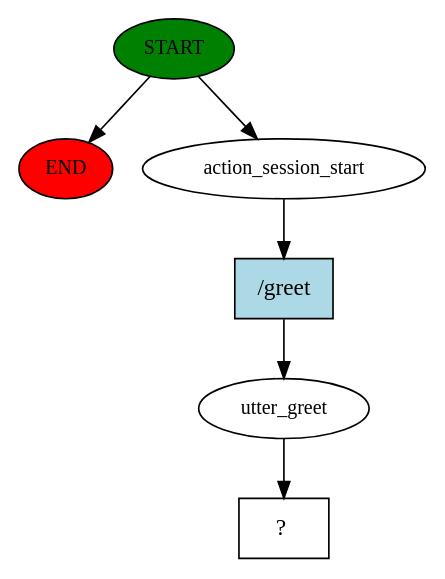
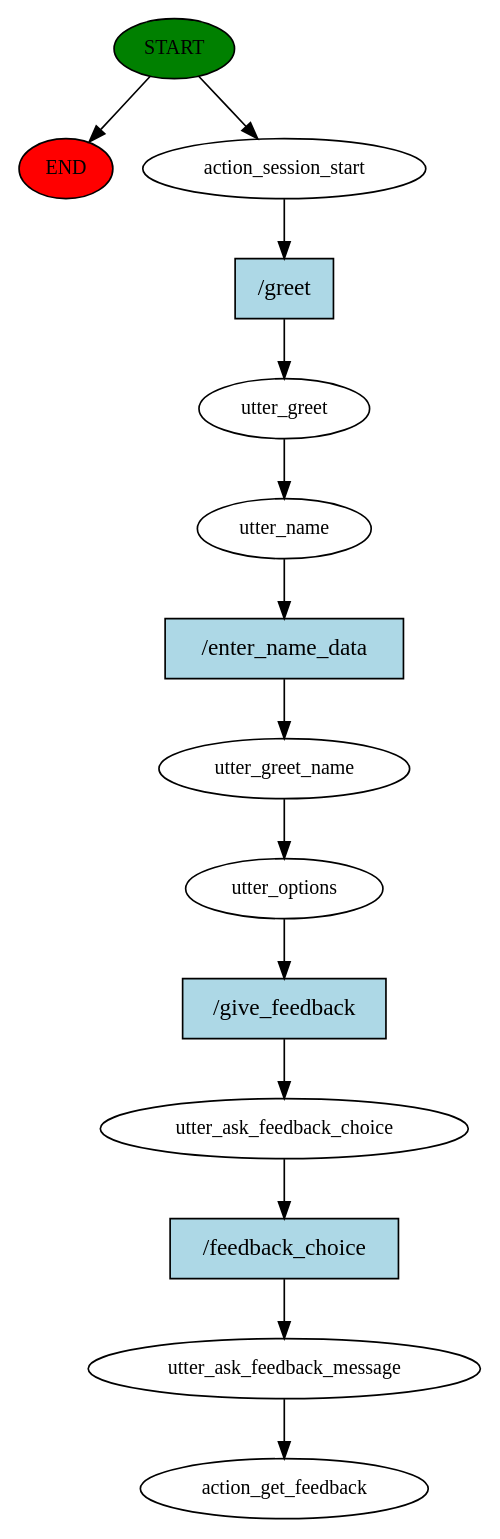
The diagram in story_graph.dot (anuragkj/BPDC_Chatbot), drawn with Graphviz before and after one commit. The commit also changed 3 other files, not shown here.

```diff
--- a/story_graph.dot
+++ b/story_graph.dot
@@ -1,13 +1,29 @@
 digraph  {
 0 [class="start active", fillcolor=green, fontsize=12, label=START, style=filled];
 "-1" [class=end, fillcolor=red, fontsize=12, label=END, style=filled];
 1 [class=active, fontsize=12, label=action_session_start];
 2 [class=active, fontsize=12, label=utter_greet];
-3 [class="intent dashed active", label="  ?  ", shape=rect];
-4 [class="intent active", fillcolor=lightblue, label="/greet", shape=rect, style=filled];
+3 [class=active, fontsize=12, label=utter_name];
+4 [class=active, fontsize=12, label=utter_greet_name];
+5 [class=active, fontsize=12, label=utter_options];
+6 [class=active, fontsize=12, label=utter_ask_feedback_choice];
+7 [class=active, fontsize=12, label=utter_ask_feedback_message];
+8 [class="dashed active", fontsize=12, label=action_get_feedback];
+9 [class="intent active", fillcolor=lightblue, label="/greet", shape=rect, style=filled];
+10 [class="intent active", fillcolor=lightblue, label="/enter_name_data", shape=rect, style=filled];
+11 [class="intent active", fillcolor=lightblue, label="/give_feedback", shape=rect, style=filled];
+12 [class="intent active", fillcolor=lightblue, label="/feedback_choice", shape=rect, style=filled];
 0 -> "-1"  [class="", key=NONE, label=""];
 0 -> 1  [class=active, key=NONE, label=""];
-1 -> 4  [class=active, key=0];
+1 -> 9  [class=active, key=0];
 2 -> 3  [class=active, key=NONE, label=""];
-4 -> 2  [class=active, key=0];
+3 -> 10  [class=active, key=0];
+4 -> 5  [class=active, key=NONE, label=""];
+5 -> 11  [class=active, key=0];
+6 -> 12  [class=active, key=0];
+7 -> 8  [class=active, key=NONE, label=""];
+9 -> 2  [class=active, key=0];
+10 -> 4  [class=active, key=0];
+11 -> 6  [class=active, key=0];
+12 -> 7  [class=active, key=0];
 }
```
